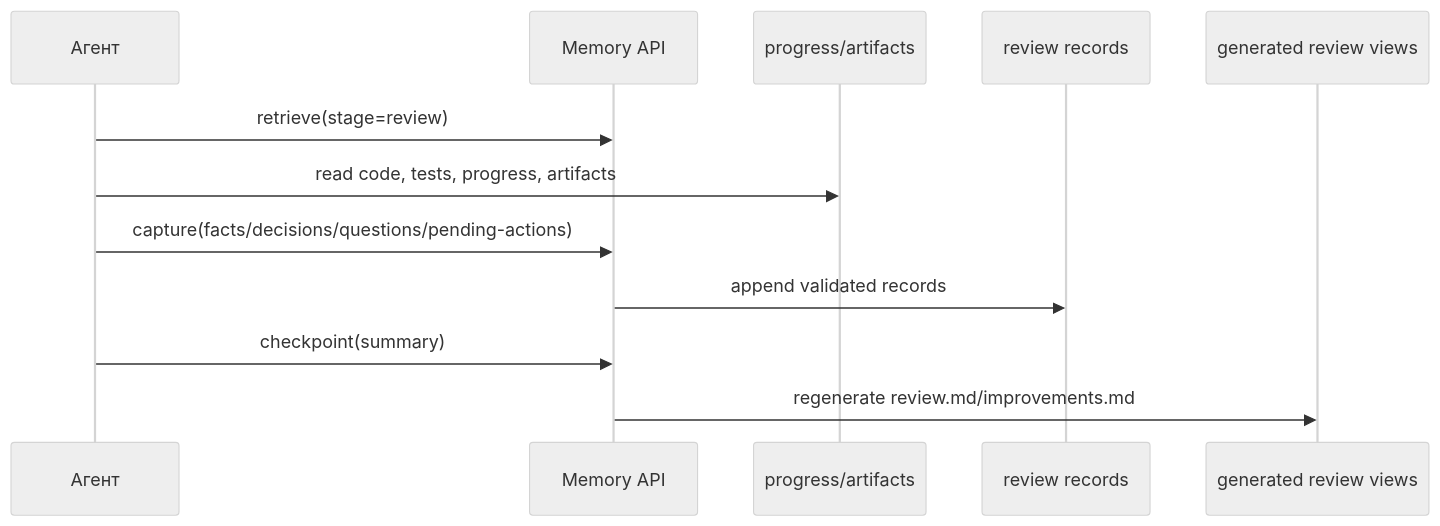
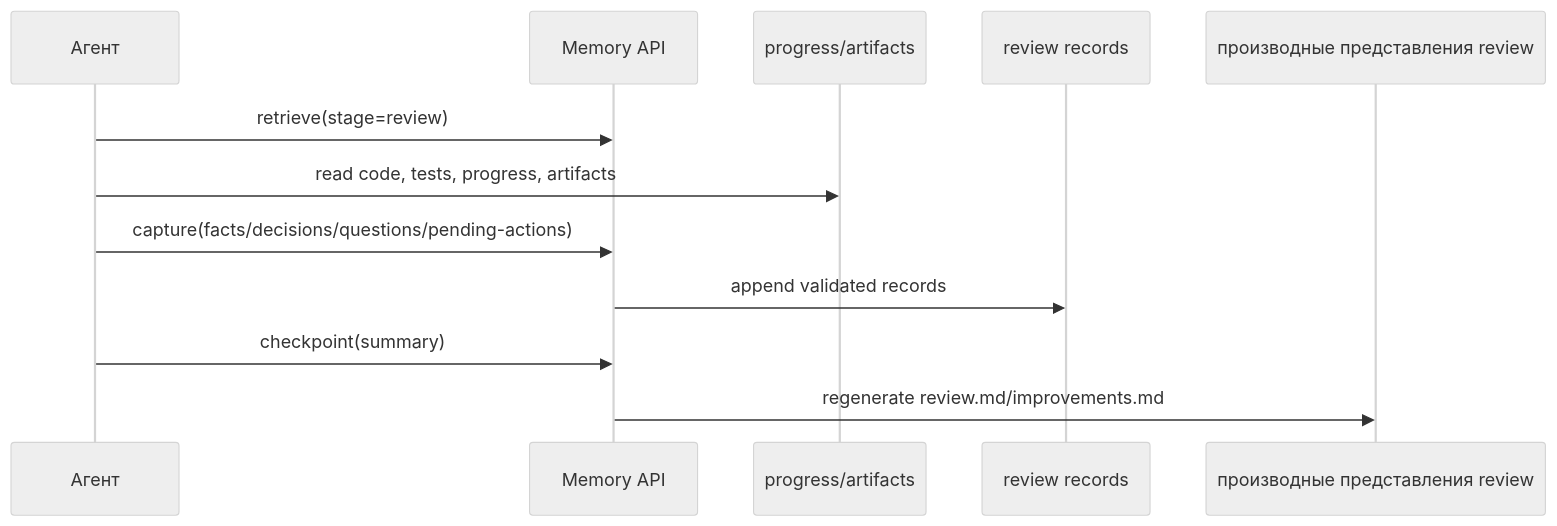
The second of 4 diagrams in docs/other/madspec.review.md (MADTeacher/MADSpec), drawn with Mermaid (neutral theme) before and after one commit. The commit also changed other lines of this file and 19 other files, not shown here.

````diff
--- a/docs/other/madspec.review.md
+++ b/docs/other/madspec.review.md
@@ -94,15 +94,15 @@
 ```mermaid
 sequenceDiagram
     participant A as Агент
     participant M as Memory API
     participant P as progress/artifacts
     participant R as review records
-    participant G as generated review views
+    participant G as производные представления review
 
     A->>M: retrieve(stage=review)
     A->>P: read code, tests, progress, artifacts
     A->>M: capture(facts/decisions/questions/pending-actions)
     M->>R: append validated records
     A->>M: checkpoint(summary)
     M->>G: regenerate review.md/improvements.md
 ```
````
